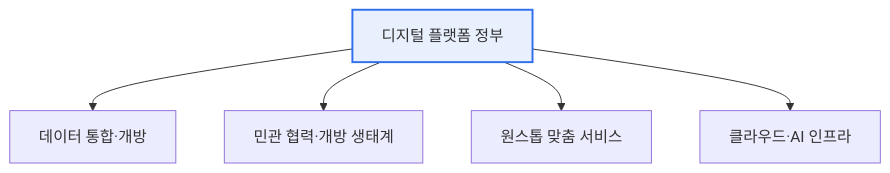
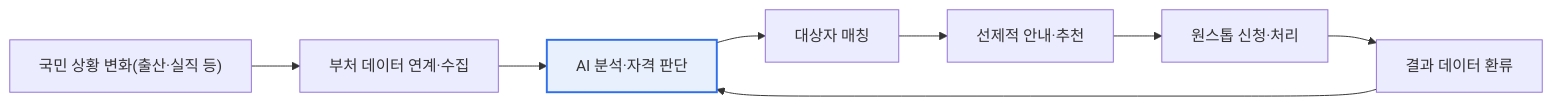
One commit to coninggu/wjdqhrhksflrltnftk changed the second of 2 diagrams in content/digital-platform-gov.md. Above: the diagram before and after it, drawn with Mermaid. The commit also changed other lines of this file and 3 other files, not shown here.

First line of the commit message:
Deepen 디지털 플랫폼 정부, 비직교 다중접속(NOMA) (auto)

````diff
--- a/content/digital-platform-gov.md
+++ b/content/digital-platform-gov.md
@@ -15,8 +64,11 @@
 ```mermaid
-flowchart TB
-  DPG[디지털 플랫폼 정부] --> D[데이터 통합·개방]
-  DPG --> A[민관 협력·개방 생태계]
-  DPG --> S[원스톱 맞춤 서비스]
-  DPG --> I[클라우드·AI 인프라]
-  style DPG fill:#e8f0fe,stroke:#2f6fed,stroke-width:2px
+flowchart LR
+  E["국민 상황 변화(출산·실직 등)"] --> C["부처 데이터 연계·수집"]
+  C --> A["AI 분석·자격 판단"]
+  A --> M["대상자 매칭"]
+  M --> N["선제적 안내·추천"]
+  N --> P["원스톱 신청·처리"]
+  P --> F["결과 데이터 환류"]
+  F --> A
+  style A fill:#e8f0fe,stroke:#2f6fed,stroke-width:2px
 ```
````
